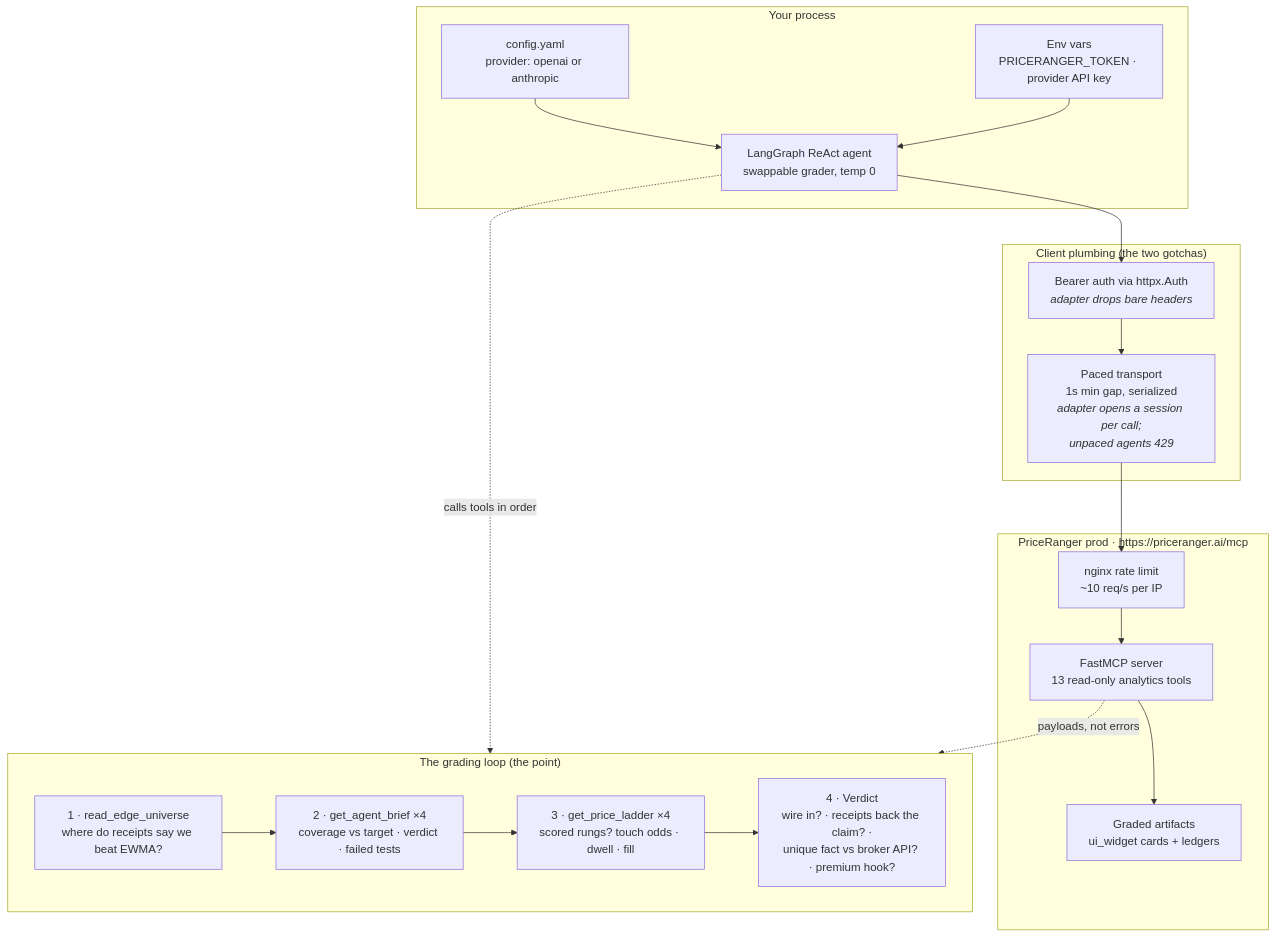
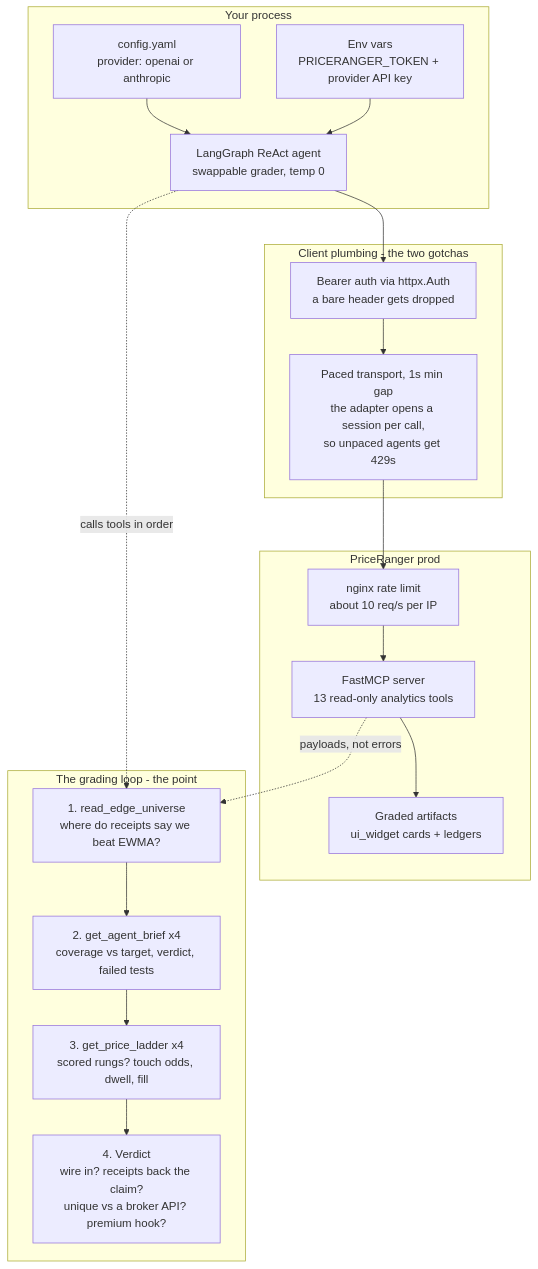
One commit to quant-exchange/PriceRangerMCP changed the diagram in README.md. Above: the diagram before and after it, drawn with Mermaid. The commit also changed other lines of this file, not shown here.

````diff
--- a/README.md
+++ b/README.md
@@ -40,34 +40,34 @@
 ```mermaid
 flowchart TD
     subgraph YOU["Your process"]
         CFG["config.yaml<br/>provider: openai or anthropic"]
-        ENV["Env vars<br/>PRICERANGER_TOKEN · provider API key"]
+        ENV["Env vars<br/>PRICERANGER_TOKEN + provider API key"]
         AGENT["LangGraph ReAct agent<br/>swappable grader, temp 0"]
         CFG --> AGENT
         ENV --> AGENT
     end
 
-    subgraph PLUMB["Client plumbing (the two gotchas)"]
-        AUTH["Bearer auth via httpx.Auth<br/><i>adapter drops bare headers</i>"]
-        PACED["Paced transport<br/>1s min gap, serialized<br/><i>adapter opens a session per call;<br/>unpaced agents 429</i>"]
+    subgraph PLUMB["Client plumbing - the two gotchas"]
+        AUTH["Bearer auth via httpx.Auth<br/>a bare header gets dropped"]
+        PACED["Paced transport, 1s min gap<br/>the adapter opens a session per call,<br/>so unpaced agents get 429s"]
     end
 
-    subgraph PR["PriceRanger prod · https://priceranger.ai/mcp"]
-        NGINX["nginx rate limit<br/>~10 req/s per IP"]
+    subgraph PR["PriceRanger prod"]
+        NGINX["nginx rate limit<br/>about 10 req/s per IP"]
         MCP["FastMCP server<br/>13 read-only analytics tools"]
         CARDS["Graded artifacts<br/>ui_widget cards + ledgers"]
         NGINX --> MCP --> CARDS
     end
 
-    subgraph LOOP["The grading loop (the point)"]
-        S1["1 · read_edge_universe<br/>where do receipts say we beat EWMA?"]
-        S2["2 · get_agent_brief ×4<br/>coverage vs target · verdict · failed tests"]
-        S3["3 · get_price_ladder ×4<br/>scored rungs? touch odds · dwell · fill"]
-        S4["4 · Verdict<br/>wire in? · receipts back the claim? ·<br/>unique fact vs broker API? · premium hook?"]
+    subgraph LOOP["The grading loop - the point"]
+        S1["1. read_edge_universe<br/>where do receipts say we beat EWMA?"]
+        S2["2. get_agent_brief x4<br/>coverage vs target, verdict, failed tests"]
+        S3["3. get_price_ladder x4<br/>scored rungs? touch odds, dwell, fill"]
+        S4["4. Verdict<br/>wire in? receipts back the claim?<br/>unique vs a broker API? premium hook?"]
         S1 --> S2 --> S3 --> S4
     end
 
     AGENT --> AUTH --> PACED --> NGINX
-    AGENT -.->|"calls tools in order"| LOOP
-    MCP -.->|"payloads, not errors"| LOOP
+    AGENT -.->|"calls tools in order"| S1
+    MCP -.->|"payloads, not errors"| S1
 ```
````
